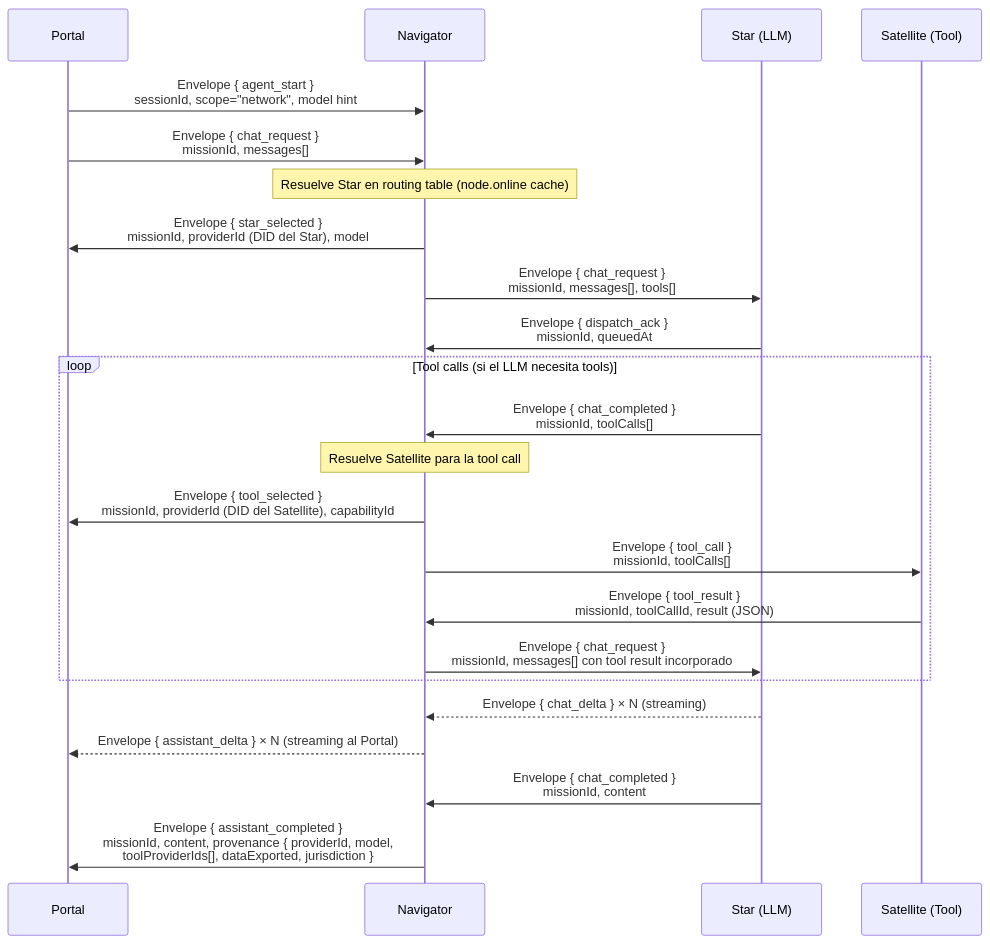
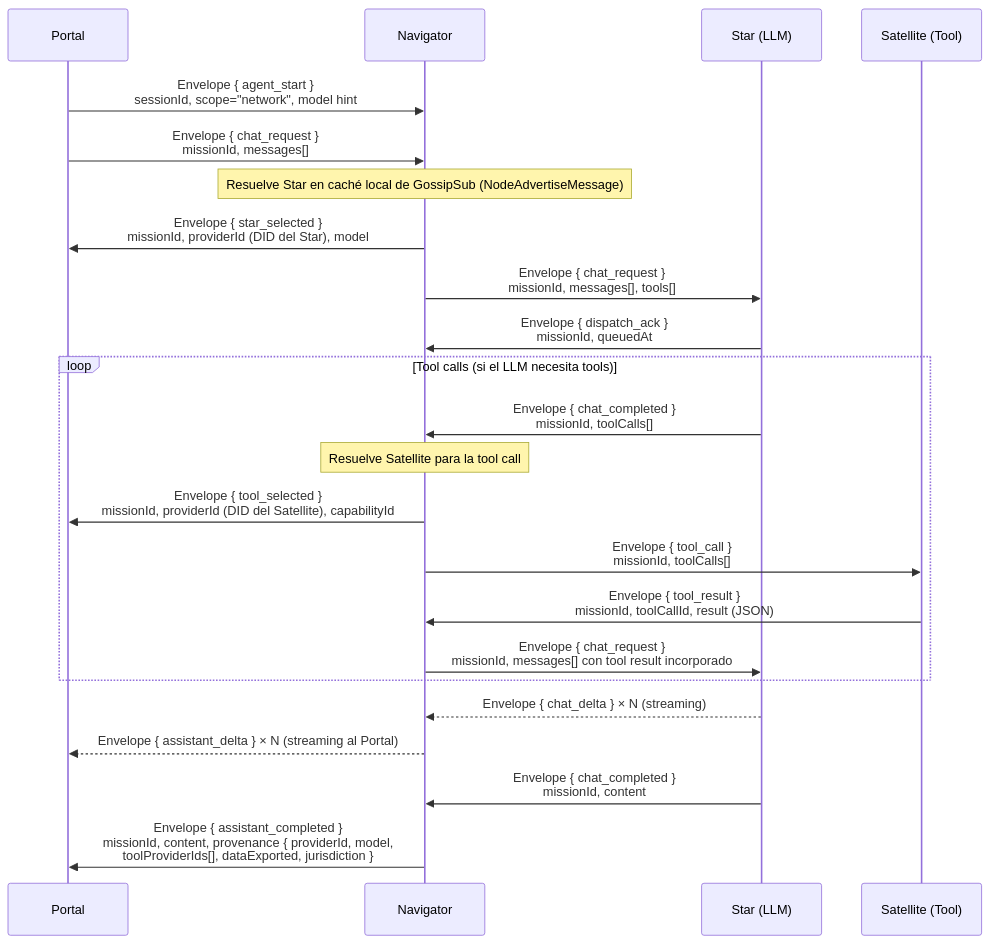
The first of 3 diagrams in protocol/mission.md (rafex/galaxIA), drawn with Mermaid before and after one commit. The commit also changed other lines of this file and 3 other files, not shown here.

````diff
--- a/protocol/mission.md
+++ b/protocol/mission.md
@@ -16,40 +16,40 @@
 ```mermaid
 sequenceDiagram
     participant P as Portal
     participant NAV as Navigator
     participant STAR as Star (LLM)
     participant SAT as Satellite (Tool)
 
     P->>NAV: Envelope { agent_start }<br/>sessionId, scope="network", model hint
 
     P->>NAV: Envelope { chat_request }<br/>missionId, messages[]
 
-    note over NAV: Resuelve Star en routing table (node.online cache)
+    note over NAV: Resuelve Star en caché local de GossipSub (NodeAdvertiseMessage)
 
     NAV->>P: Envelope { star_selected }<br/>missionId, providerId (DID del Star), model
 
     NAV->>STAR: Envelope { chat_request }<br/>missionId, messages[], tools[]
 
     STAR->>NAV: Envelope { dispatch_ack }<br/>missionId, queuedAt
 
     loop Tool calls (si el LLM necesita tools)
         STAR->>NAV: Envelope { chat_completed }<br/>missionId, toolCalls[]
 
         note over NAV: Resuelve Satellite para la tool call
 
         NAV->>P: Envelope { tool_selected }<br/>missionId, providerId (DID del Satellite), capabilityId
 
         NAV->>SAT: Envelope { tool_call }<br/>missionId, toolCalls[]
 
         SAT->>NAV: Envelope { tool_result }<br/>missionId, toolCallId, result (JSON)
 
         NAV->>STAR: Envelope { chat_request }<br/>missionId, messages[] con tool result incorporado
     end
 
     STAR-->>NAV: Envelope { chat_delta } × N   (streaming)
     NAV-->>P: Envelope { assistant_delta } × N  (streaming al Portal)
 
     STAR->>NAV: Envelope { chat_completed }<br/>missionId, content
 
     NAV->>P: Envelope { assistant_completed }<br/>missionId, content, provenance { providerId, model,<br/>toolProviderIds[], dataExported, jurisdiction }
 ```
````
